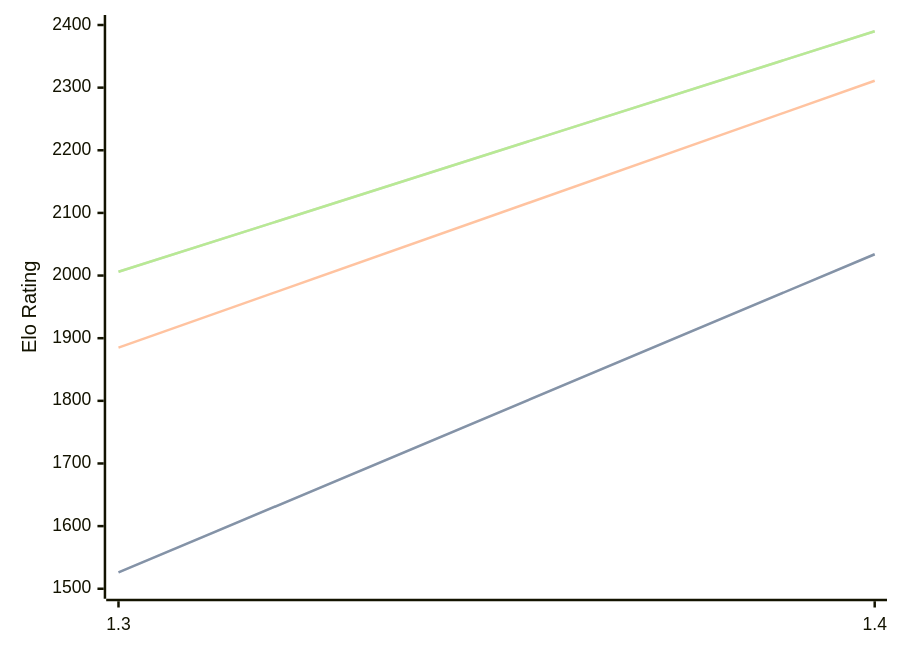
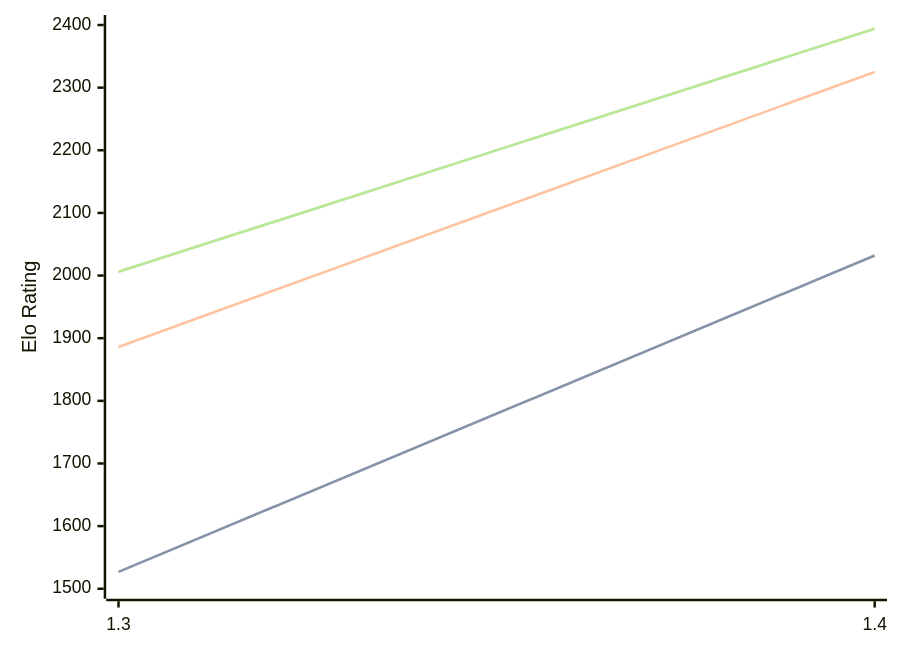
The diagram in engines/Facon.md (computer-chess-index/cci), drawn with Mermaid before and after one commit. The commit also changed other lines of this file, not shown here.

Commit message:
Update CCI Ratings (ELO VLTC) - 2026-05-01

````diff
--- a/engines/Facon.md
+++ b/engines/Facon.md
@@ -35,11 +35,11 @@
 ```mermaid
 %%{init: {"theme":"base","themeVariables":{"seriesColors:['#a3a3a3','#222221','#faa371']}}}%%
 xychart-beta
   x-axis ["1.3", "1.4"]
   y-axis "Elo Rating" 1500 --> 2400
-  line "STC (8.0+0.08s)" [1526, 2034]
-  line "STC (8.0+0.08s)" [1526, 2034]
-  line "LTC (60.0+0.60s)" [1885, 2311]
-  line "VLTC (2m24s+1.12s)" [2006, 2390]
-  line "VLTC (2m24s+1.12s)" [2006, 2390]
+  line "STC (8.0+0.08s)" [1527, 2032]
+  line "STC (8.0+0.08s)" [1527, 2032]
+  line "LTC (60.0+0.60s)" [1886, 2325]
+  line "VLTC (2m24s+1.12s)" [2006, 2394]
+  line "VLTC (2m24s+1.12s)" [2006, 2394]
 ```
````
